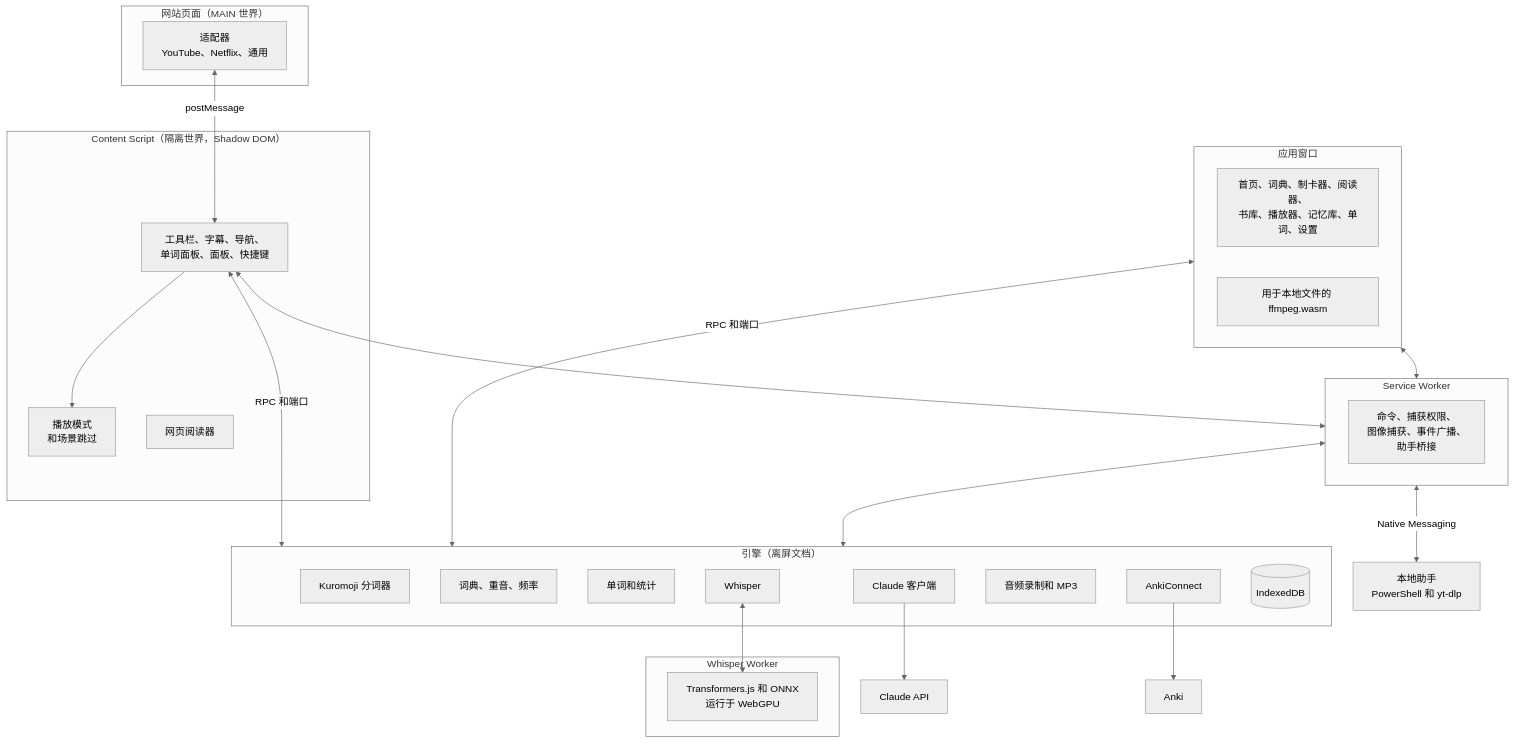
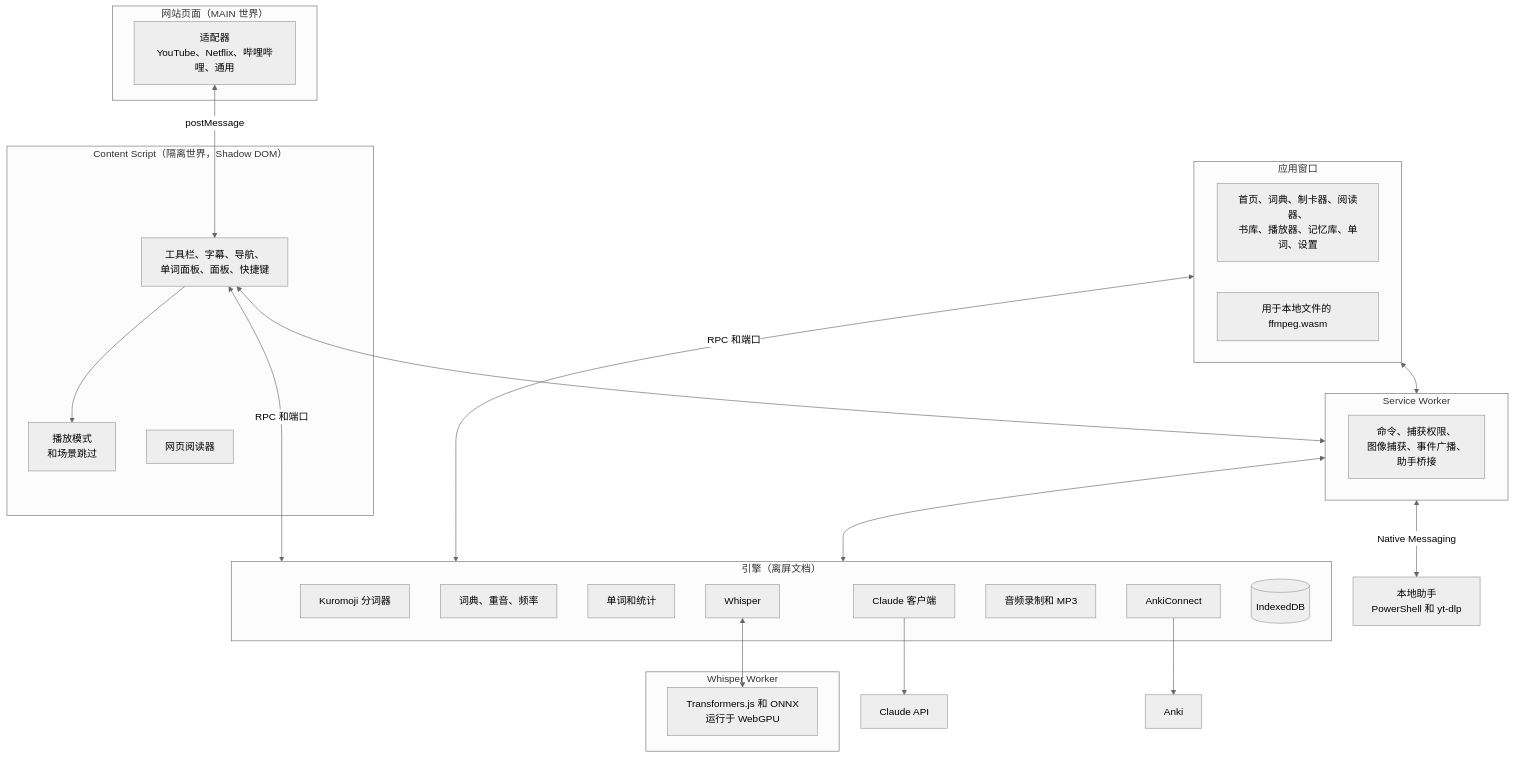
One commit to Eliam4510/kotonoha changed the diagram in docs/zh/architecture.md. Above: the diagram before and after it, drawn with Mermaid (neutral theme). The commit also changed other lines of this file and 31 other files, not shown here.

````diff
--- a/docs/zh/architecture.md
+++ b/docs/zh/architecture.md
@@ -9,42 +9,42 @@
 ```mermaid
 flowchart TB
   subgraph Pagina["网站页面（MAIN 世界）"]
-    AD["适配器<br/>YouTube、Netflix、通用"]
+    AD["适配器<br/>YouTube、Netflix、哔哩哔哩、通用"]
   end
   subgraph Contenido["Content Script（隔离世界，Shadow DOM）"]
     UI["工具栏、字幕、导航、<br/>单词面板、面板、快捷键"]
     MODO["播放模式<br/>和场景跳过"]
     WEB["网页阅读器"]
   end
   subgraph SW["Service Worker"]
     RUTA["命令、捕获权限、<br/>图像捕获、事件广播、<br/>助手桥接"]
   end
   subgraph Motor["引擎（离屏文档）"]
     TOK["Kuromoji 分词器"]
     DIC["词典、重音、频率"]
     PAL["单词和统计"]
     IA["Claude 客户端"]
     ANKI["AnkiConnect"]
     REC["音频录制和 MP3"]
     WH["Whisper"]
     DB[("IndexedDB")]
   end
   subgraph Trabajador["Whisper Worker"]
     GPU["Transformers.js 和 ONNX<br/>运行于 WebGPU"]
   end
   subgraph App["应用窗口"]
     PANT["首页、词典、制卡器、阅读器、<br/>书库、播放器、记忆库、单词、设置"]
     FF["用于本地文件的 ffmpeg.wasm"]
   end
   AD <-->|postMessage| UI
   UI --> MODO
   UI <-->|RPC 和端口| Motor
   UI <--> SW
   App <-->|RPC 和端口| Motor
   App <--> SW
   SW <--> Motor
   SW <-->|Native Messaging| AY["本地助手<br/>PowerShell 和 yt-dlp"]
   WH <--> GPU
   IA --> CL["Claude API"]
   ANKI --> AN["Anki"]
 ```
````
